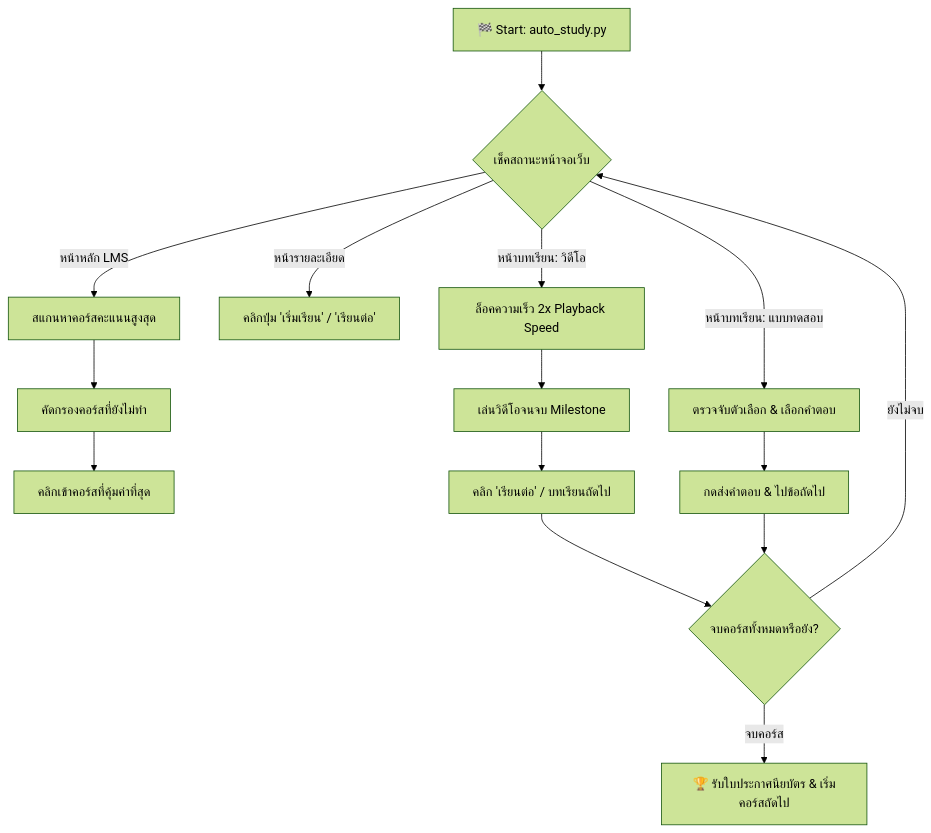
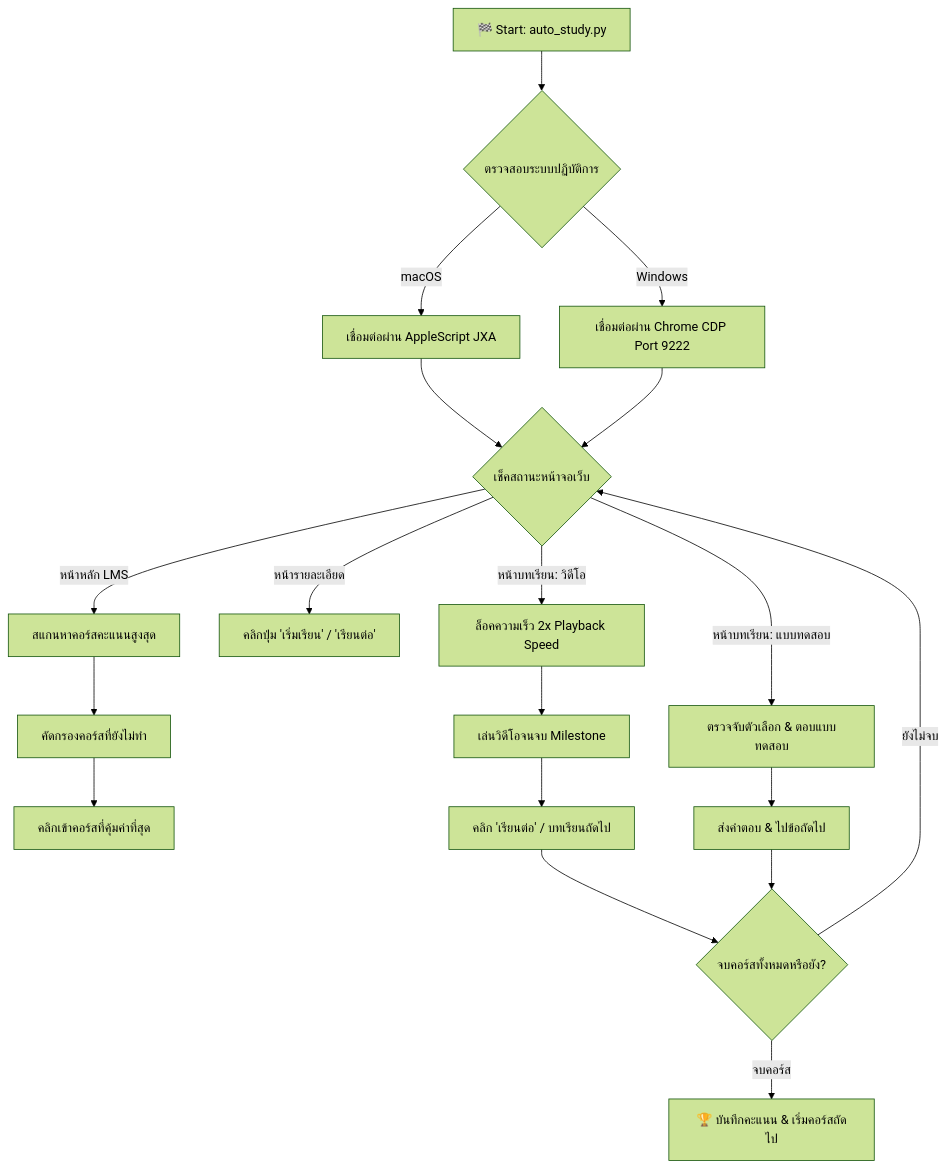
The diagram in README.md (Ampsoria/RatAI_Lesson_AutoCompleter), drawn with Mermaid (forest theme) before and after one commit. The commit also changed other lines of this file and 1 other file, not shown here.

Commit message:
feat: complete dual-OS support and add AI Agent instructions with Chrome setup guide

````diff
--- a/README.md
+++ b/README.md
@@ -39,22 +42,28 @@
 ```mermaid
 flowchart TD
-    A[🏁 Start: auto_study.py] --> B{เช็คสถานะหน้าจอเว็บ}
+    A[🏁 Start: auto_study.py] --> B{ตรวจสอบระบบปฏิบัติการ}
     
-    B -->|หน้าหลัก LMS| C[สแกนหาคอร์สคะแนนสูงสุด]
-    C --> D[คัดกรองคอร์สที่ยังไม่ทำ]
-    D --> E[คลิกเข้าคอร์สที่คุ้มค่าที่สุด]
+    B -->|macOS| C1[เชื่อมต่อผ่าน AppleScript JXA]
+    B -->|Windows| C2[เชื่อมต่อผ่าน Chrome CDP Port 9222]
     
-    B -->|หน้ารายละเอียด| F[คลิกปุ่ม 'เริ่มเรียน' / 'เรียนต่อ']
+    C1 --> D{เช็คสถานะหน้าจอเว็บ}
+    C2 --> D
     
-    B -->|หน้าบทเรียน: วิดีโอ| G[ล็อคความเร็ว 2x Playback Speed]
-    G --> H[เล่นวิดีโอจนจบ Milestone]
-    H --> I[คลิก 'เรียนต่อ' / บทเรียนถัดไป]
+    D -->|หน้าหลัก LMS| E[สแกนหาคอร์สคะแนนสูงสุด]
+    E --> F[คัดกรองคอร์สที่ยังไม่ทำ]
+    F --> G[คลิกเข้าคอร์สที่คุ้มค่าที่สุด]
     
-    B -->|หน้าบทเรียน: แบบทดสอบ| J[ตรวจจับตัวเลือก & เลือกคำตอบ]
-    J --> K[กดส่งคำตอบ & ไปข้อถัดไป]
+    D -->|หน้ารายละเอียด| H[คลิกปุ่ม 'เริ่มเรียน' / 'เรียนต่อ']
     
-    I --> L{จบคอร์สทั้งหมดหรือยัง?}
-    K --> L
-    L -->|ยังไม่จบ| B
-    L -->|จบคอร์ส| M[🏆 รับใบประกาศนียบัตร & เริ่มคอร์สถัดไป]
+    D -->|หน้าบทเรียน: วิดีโอ| I[ล็อคความเร็ว 2x Playback Speed]
+    I --> J[เล่นวิดีโอจนจบ Milestone]
+    J --> K[คลิก 'เรียนต่อ' / บทเรียนถัดไป]
+    
+    D -->|หน้าบทเรียน: แบบทดสอบ| L[ตรวจจับตัวเลือก & ตอบแบบทดสอบ]
+    L --> M[ส่งคำตอบ & ไปข้อถัดไป]
+    
+    K --> N{จบคอร์สทั้งหมดหรือยัง?}
+    M --> N
+    N -->|ยังไม่จบ| D
+    N -->|จบคอร์ส| O[🏆 บันทึกคะแนน & เริ่มคอร์สถัดไป]
 ```
````
